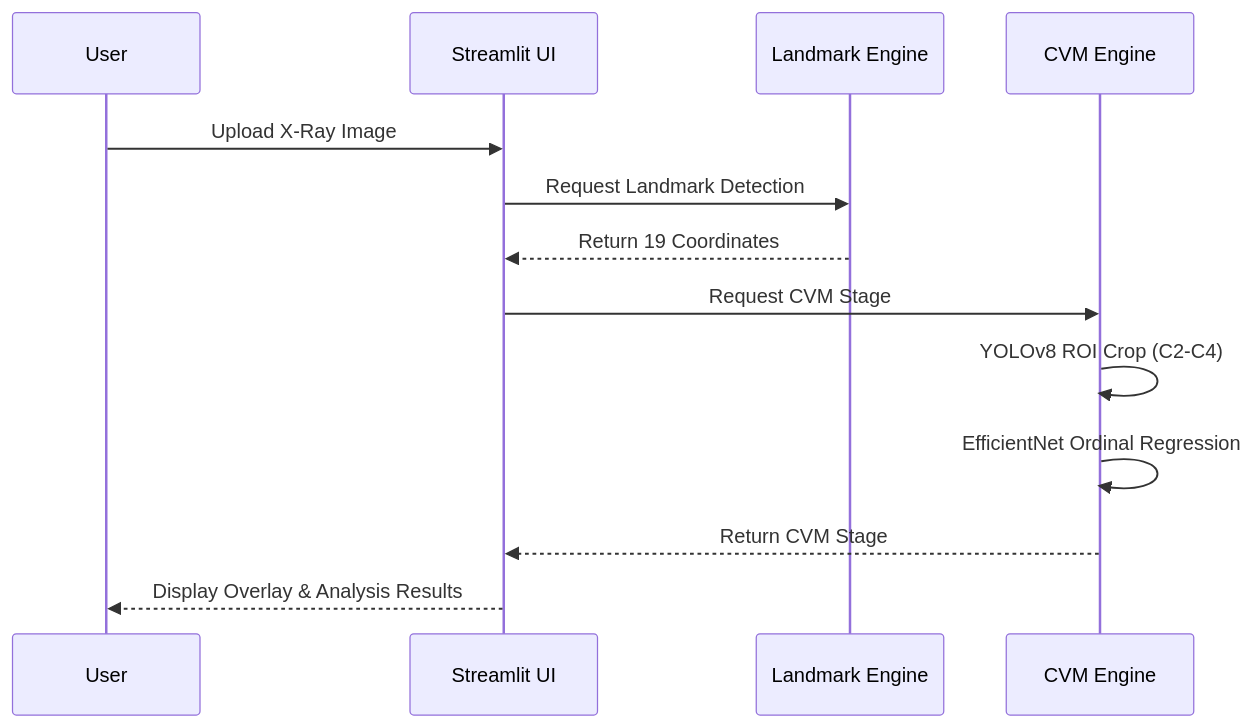
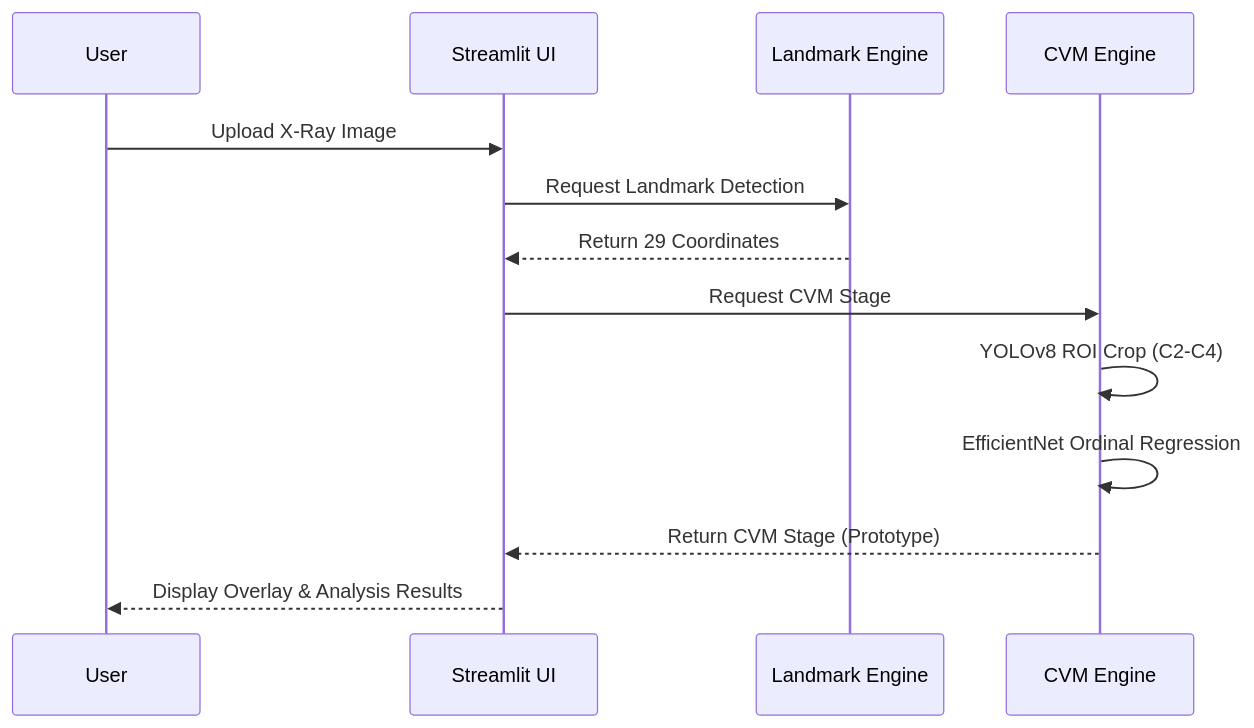
One commit to HyunchanAn/Dental_001 changed the second of 2 diagrams in README.md. Above: the diagram before and after it, drawn with Mermaid. The commit also changed other lines of this file and 6 other files, not shown here.

````diff
--- a/README.md
+++ b/README.md
@@ -67,16 +71,16 @@
 ```mermaid
 sequenceDiagram
     participant User
     participant UI as Streamlit UI
     participant LE as Landmark Engine
     participant CE as CVM Engine
     
     User->>UI: Upload X-Ray Image
     UI->>LE: Request Landmark Detection
-    LE-->>UI: Return 19 Coordinates
+    LE-->>UI: Return 29 Coordinates
     UI->>CE: Request CVM Stage
     CE->>CE: YOLOv8 ROI Crop (C2-C4)
     CE->>CE: EfficientNet Ordinal Regression
-    CE-->>UI: Return CVM Stage
+    CE-->>UI: Return CVM Stage (Prototype)
     UI-->>User: Display Overlay & Analysis Results
 ```
````
